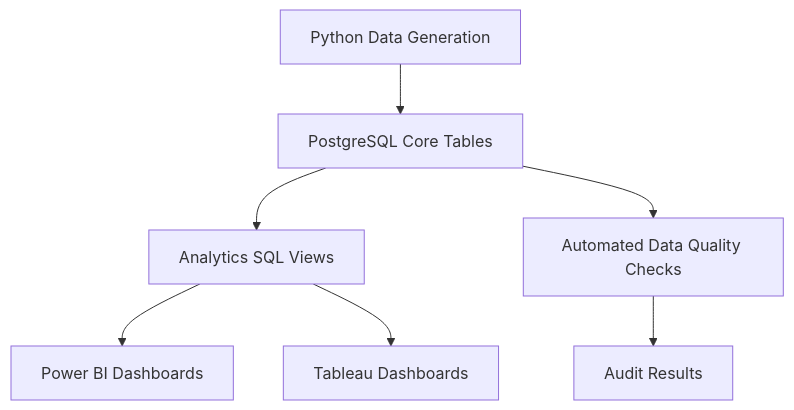
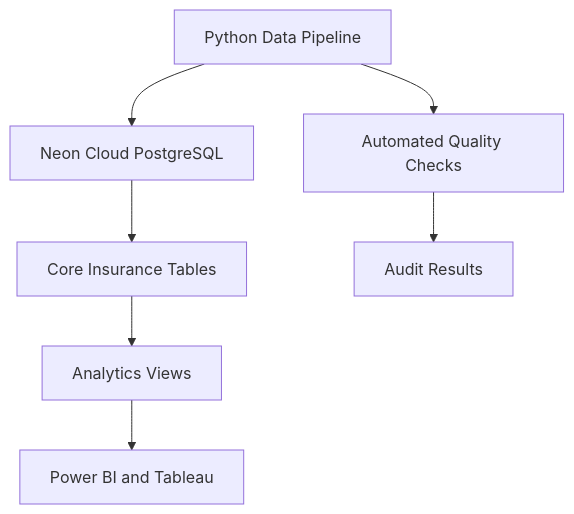
The diagram in README.md (thestevejunior/SecureSure-Insurance-Analytics), drawn with Mermaid before and after one commit. The commit also changed other lines of this file, not shown here.

Commit message:
Update cloud deployment and automation documentation

````diff
--- a/README.md
+++ b/README.md
@@ -37,9 +41,9 @@
 ```mermaid
 flowchart TD
-    A["Python Data Generation"] --> B["PostgreSQL Core Tables"]
-    B --> C["Analytics SQL Views"]
-    C --> D["Power BI Dashboards"]
-    C --> E["Tableau Dashboards"]
-    B --> F["Automated Data Quality Checks"]
+    A["Python Data Pipeline"] --> B["Neon Cloud PostgreSQL"]
+    B --> C["Core Insurance Tables"]
+    C --> D["Analytics Views"]
+    D --> E["Power BI and Tableau"]
+    A --> F["Automated Quality Checks"]
     F --> G["Audit Results"]
 ```
````
